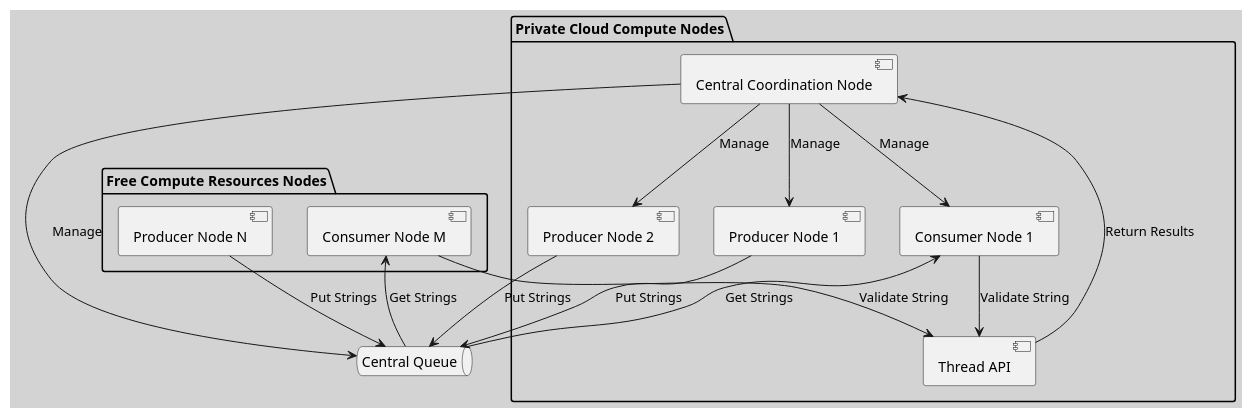
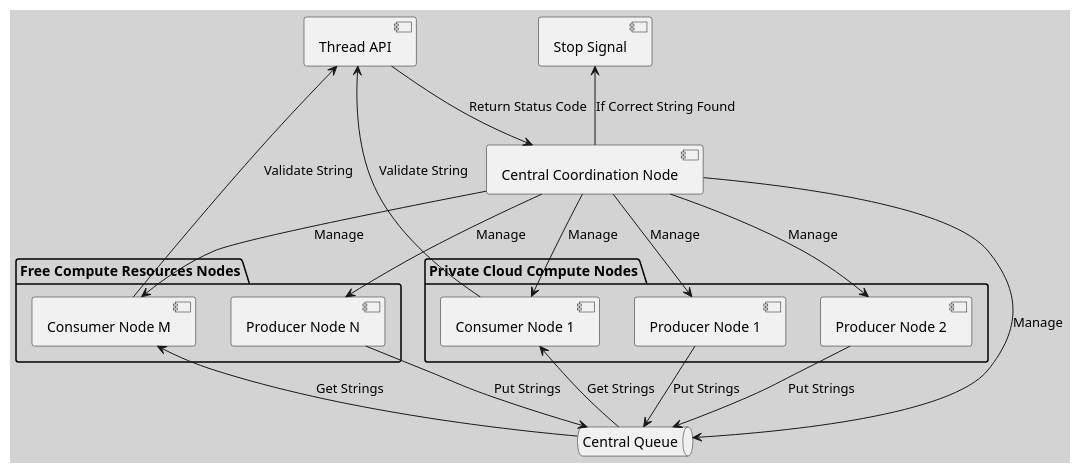
Before and after one commit to huangyingw/system_design: the diagram in interview_questions/distributed_string_guesser_architecture.puml, drawn with PlantUML.

```diff
--- a/interview_questions/distributed_string_guesser_architecture.puml
+++ b/interview_questions/distributed_string_guesser_architecture.puml
@@ -1,36 +1,41 @@
 @startuml
 skinparam backgroundColor #D3D3D3
 
 package "Private Cloud Compute Nodes" {
-    [Central Coordination Node] as Coordinator
     [Producer Node 1] as PrivateProducer1
     [Producer Node 2] as PrivateProducer2
     [Consumer Node 1] as PrivateConsumer1
-    [Thread API] as API
 }
 
 package "Free Compute Resources Nodes" {
     [Producer Node N] as FreeProducerN
     [Consumer Node M] as FreeConsumerM
 }
     
 queue "Central Queue" as Queue
     
+[Central Coordination Node] as Coordinator
+[Thread API] as API
+
 Coordinator --> PrivateProducer1 : Manage
 Coordinator --> PrivateProducer2 : Manage
 Coordinator --> PrivateConsumer1 : Manage
+Coordinator --> FreeProducerN : Manage
+Coordinator --> FreeConsumerM : Manage
 Coordinator --> Queue : Manage
     
 PrivateProducer1 --> Queue : Put Strings
 PrivateProducer2 --> Queue : Put Strings
 FreeProducerN --> Queue : Put Strings
 
 Queue --> PrivateConsumer1 : Get Strings
 Queue --> FreeConsumerM : Get Strings
 
 PrivateConsumer1 --> API : Validate String
 FreeConsumerM --> API : Validate String
 
-API --> Coordinator : Return Results
+API --> Coordinator : Return Status Code
+
+Coordinator -up-> [Stop Signal] : If Correct String Found
 
 @enduml
```
